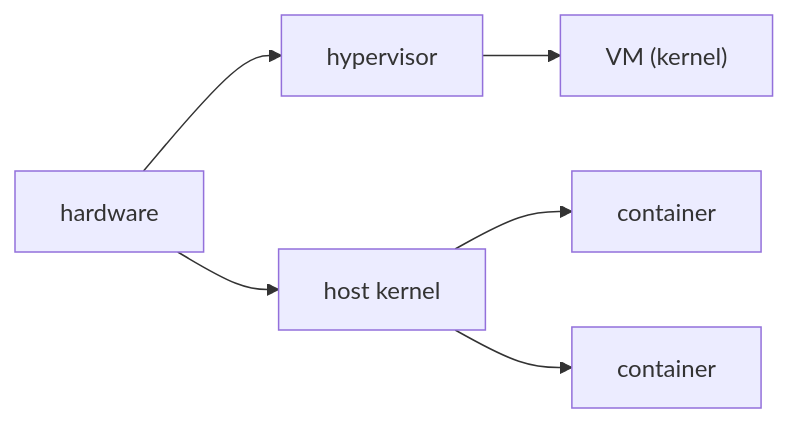
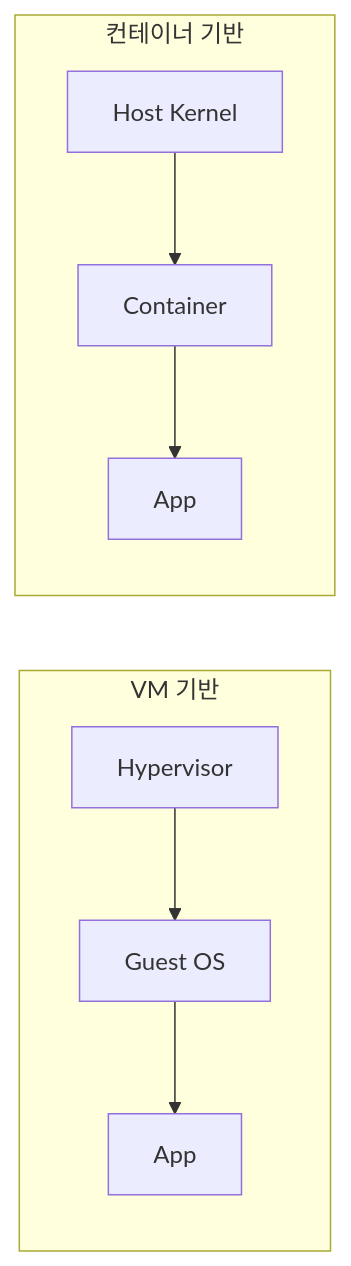
Before and after one commit to yeongseon-books/book-content: the diagram in docs/ko/containers-101/09-container-vs-vm.md, drawn with Mermaid. The commit also changed other lines of this file and 4143 other files, not shown here.

````diff
--- a/docs/ko/containers-101/09-container-vs-vm.md
+++ b/docs/ko/containers-101/09-container-vs-vm.md
@@ -33,8 +442,9 @@
 ```mermaid
 flowchart LR
-    HW["hardware"] --> Hyp["hypervisor"]
-    Hyp --> VM1["VM (kernel)"]
-    HW --> Host["host kernel"]
-    Host --> C1["container"]
-    Host --> C2["container"]
+    subgraph VM["VM 기반"]
+      H1["Hypervisor"] --> G1["Guest OS"] --> A1["App"]
+    end
+    subgraph CT["컨테이너 기반"]
+      H2["Host Kernel"] --> C1["Container"] --> A2["App"]
+    end
 ```
````
